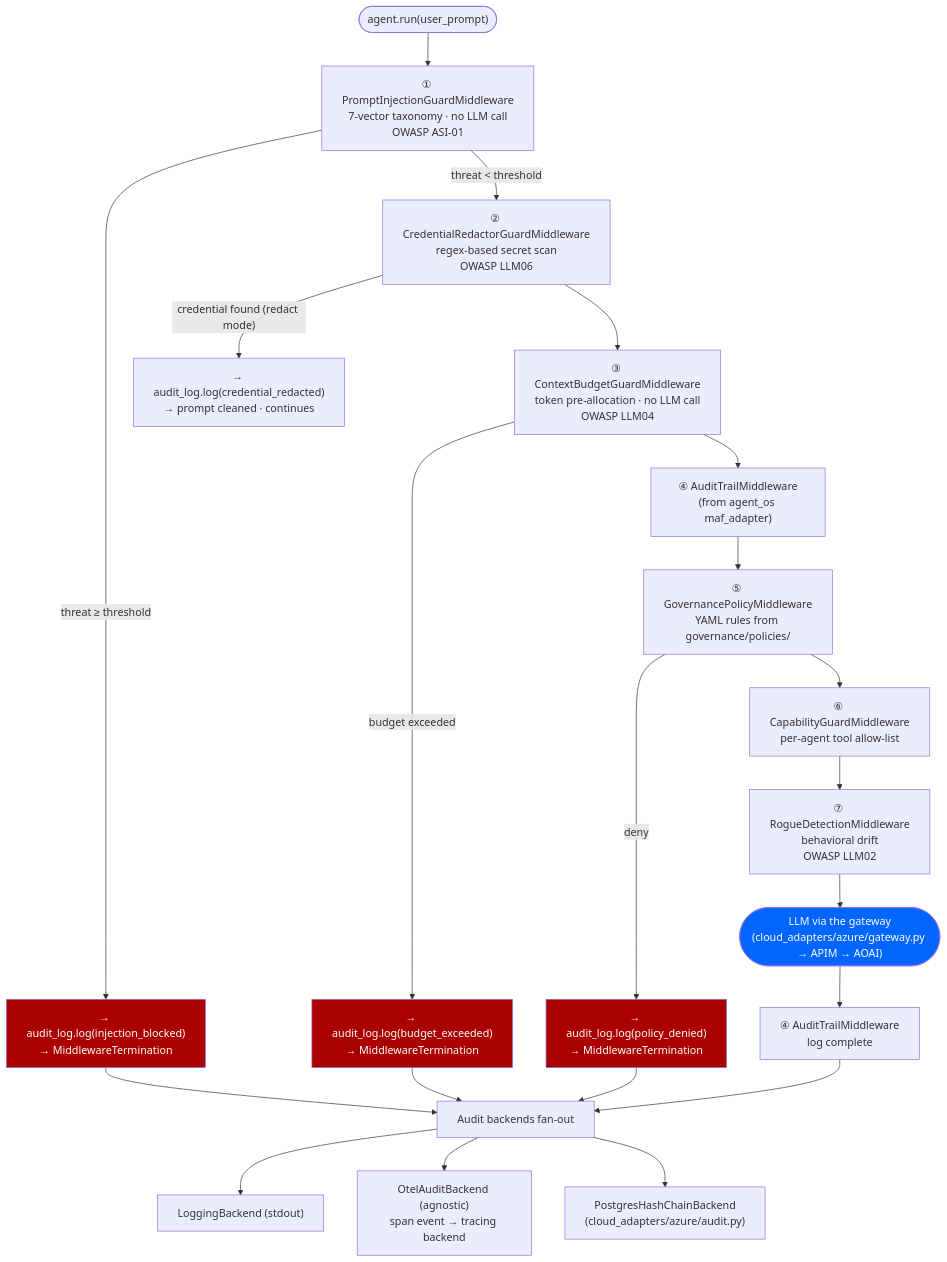
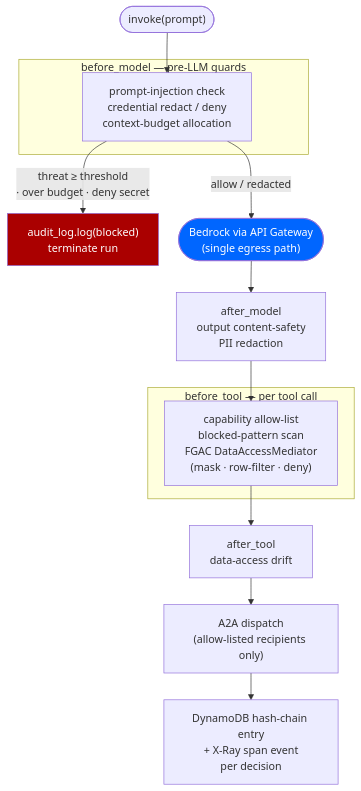
Before and after one commit to rlpatrao/agent-gov-sec: the third of 3 diagrams in docs/architecture.md, drawn with Mermaid. The commit also changed other lines of this file and 56 other files, not shown here.

First line of the commit message:
refactor: move framework adapters into payload_agents/, add per-framework personas

````diff
--- a/docs/architecture.md
+++ b/docs/architecture.md
@@ -187,47 +386,26 @@
 ```mermaid
+%%{init: {"flowchart": {"nodeSpacing": 30, "rankSpacing": 40}, "themeVariables": {"fontSize": "16px"}}}%%
 flowchart TD
-  Start(["agent.run(user_prompt)"]) --> PI
+  In(["invoke(prompt)"]) --> BM
 
-  PI["① PromptInjectionGuardMiddleware\n7-vector taxonomy · no LLM call\nOWASP ASI-01"]
-  PI -->|"threat ≥ threshold"| Block1["→ audit_log.log(injection_blocked)\n→ MiddlewareTermination"]
-  PI -->|"threat < threshold"| CR
+  subgraph BMG["before_model — pre-LLM guards"]
+    BM["prompt-injection check<br/>credential redact / deny<br/>context-budget allocation"]
+  end
+  BM -->|"threat ≥ threshold<br/>· over budget · deny secret"| Block["audit_log.log(blocked)<br/>terminate run"]
+  BM -->|allow / redacted| LLM(["Bedrock via API Gateway<br/>(single egress path)"])
 
-  CR["② CredentialRedactorGuardMiddleware\nregex-based secret scan\nOWASP LLM06"]
-  CR -->|"credential found (redact mode)"| Redact["→ audit_log.log(credential_redacted)\n→ prompt cleaned · continues"]
-  CR --> CB
+  LLM --> AM["after_model<br/>output content-safety<br/>PII redaction"]
+  AM --> BT
 
-  CB["③ ContextBudgetGuardMiddleware\ntoken pre-allocation · no LLM call\nOWASP LLM04"]
-  CB -->|"budget exceeded"| Block2["→ audit_log.log(budget_exceeded)\n→ MiddlewareTermination"]
-  CB --> AT
-
-  AT["④ AuditTrailMiddleware\n(from agent_os maf_adapter)"]
-  AT --> GP
-
-  GP["⑤ GovernancePolicyMiddleware\nYAML rules from governance/policies/"]
-  GP -->|"deny"| Block3["→ audit_log.log(policy_denied)\n→ MiddlewareTermination"]
-  GP --> Cap
-
-  Cap["⑥ CapabilityGuardMiddleware\nper-agent tool allow-list"]
-  Cap --> RD
-
-  RD["⑦ RogueDetectionMiddleware\nbehavioral drift\nOWASP LLM02"]
-  RD --> LLM
-
-  LLM(["LLM via the gateway\n(cloud_adapters/azure/gateway.py → APIM → AOAI)"])
-
-  LLM --> AT_out["④ AuditTrailMiddleware\nlog complete"]
-  AT_out --> Sinks
-  Block1 --> Sinks
-  Block2 --> Sinks
-  Block3 --> Sinks
-
-  Sinks["Audit backends fan-out"]
-  Sinks --> Log["LoggingBackend (stdout)"]
-  Sinks --> Otel["OtelAuditBackend (agnostic)\nspan event → tracing backend"]
-  Sinks --> PG["PostgresHashChainBackend\n(cloud_adapters/azure/audit.py)"]
+  subgraph BTG["before_tool — per tool call"]
+    BT["capability allow-list<br/>blocked-pattern scan<br/>FGAC DataAccessMediator<br/>(mask · row-filter · deny)"]
+  end
+  BT --> AT["after_tool<br/>data-access drift"]
+  AT --> A2A["A2A dispatch<br/>(allow-listed recipients only)"]
+  A2A --> Ledger["DynamoDB hash-chain entry<br/>+ X-Ray span event<br/>per decision"]
 
   classDef block fill:#a00,color:#fff
-  classDef azure fill:#06f,color:#fff
-  class Block1,Block2,Block3 block
-  class LLM azure
+  classDef egress fill:#06f,color:#fff
+  class Block block
+  class LLM egress
 ```
````
